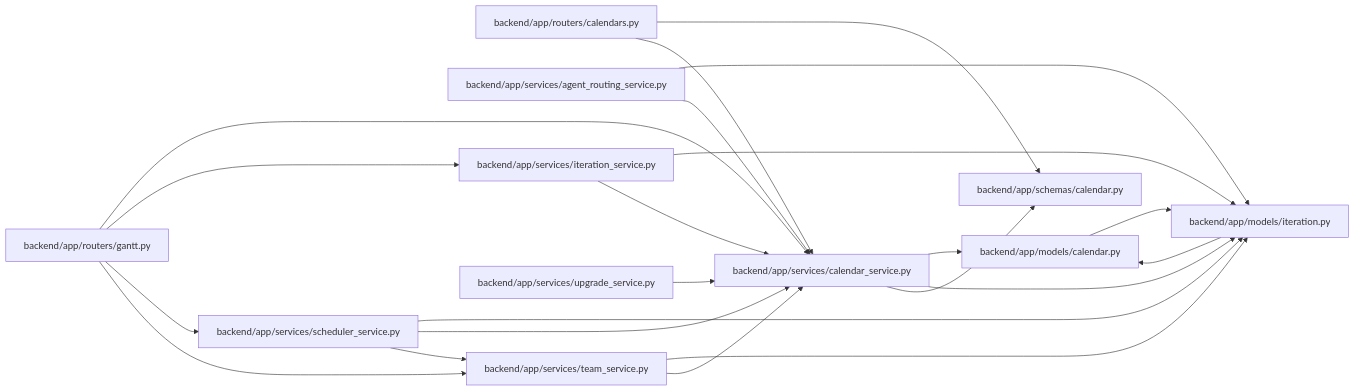
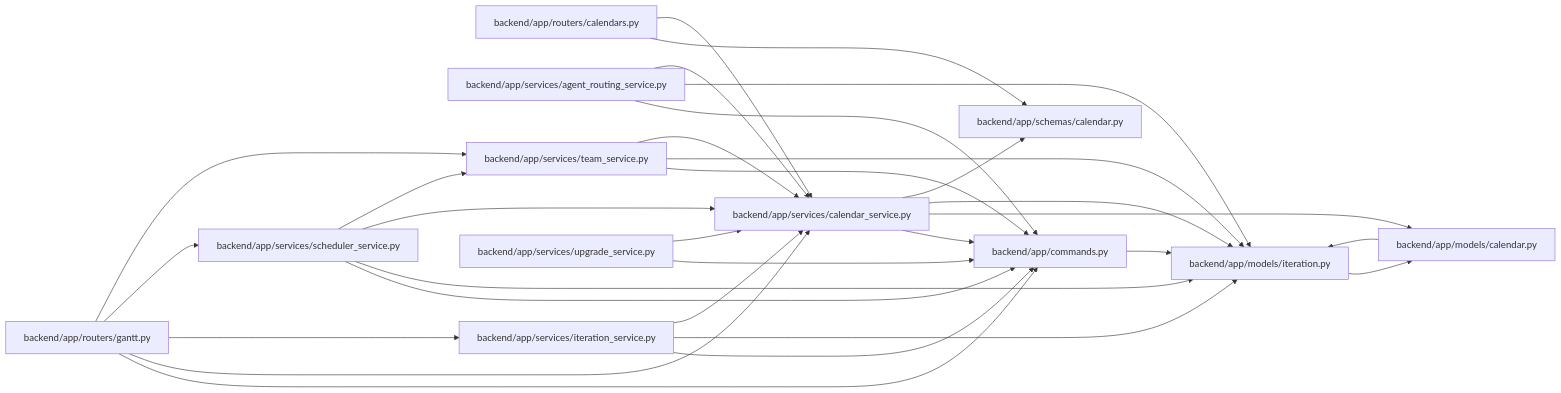
The diagram in docs/llm_wiki/modules/calendar_service.md (Denissvgn/WorkChord), drawn with Mermaid before and after one commit. The commit also changed other lines of this file and 958 other files, not shown here.

First line of the commit message:
docs(wiki): refresh identity and recovery architecture

````diff
--- a/docs/llm_wiki/modules/calendar_service.md
+++ b/docs/llm_wiki/modules/calendar_service.md
@@ -27,46 +28,56 @@
 ```mermaid
 flowchart LR
-    n0["backend/app/models/calendar.py"]
-    n1["backend/app/models/iteration.py"]
-    n2["backend/app/routers/calendars.py"]
-    n3["backend/app/routers/gantt.py"]
-    n4["backend/app/schemas/calendar.py"]
-    n5["backend/app/services/agent_routing_service.py"]
-    n6["backend/app/services/calendar_service.py"]
-    n7["backend/app/services/iteration_service.py"]
-    n8["backend/app/services/scheduler_service.py"]
-    n9["backend/app/services/team_service.py"]
-    n10["backend/app/services/upgrade_service.py"]
-    n0 --> n1
-    n1 --> n0
-    n2 --> n4
-    n2 --> n6
-    n3 --> n6
+    n0["backend/app/commands.py"]
+    n1["backend/app/models/calendar.py"]
+    n2["backend/app/models/iteration.py"]
+    n3["backend/app/routers/calendars.py"]
+    n4["backend/app/routers/gantt.py"]
+    n5["backend/app/schemas/calendar.py"]
+    n6["backend/app/services/agent_routing_service.py"]
+    n7["backend/app/services/calendar_service.py"]
+    n8["backend/app/services/iteration_service.py"]
+    n9["backend/app/services/scheduler_service.py"]
+    n10["backend/app/services/team_service.py"]
+    n11["backend/app/services/upgrade_service.py"]
+    n0 --> n2
+    n1 --> n2
+    n2 --> n1
+    n3 --> n5
     n3 --> n7
-    n3 --> n8
-    n3 --> n9
-    n5 --> n1
-    n5 --> n6
+    n4 --> n0
+    n4 --> n7
+    n4 --> n8
+    n4 --> n9
+    n4 --> n10
     n6 --> n0
-    n6 --> n1
-    n6 --> n4
+    n6 --> n2
+    n6 --> n7
+    n7 --> n0
     n7 --> n1
-    n7 --> n6
-    n8 --> n1
-    n8 --> n6
-    n8 --> n9
-    n9 --> n1
-    n9 --> n6
-    n10 --> n6
-    click n0 "../modules/models_calendar.md"
-    click n1 "../modules/models_iteration.md"
-    click n2 "../modules/calendars.md"
-    click n3 "../modules/routers_gantt.md"
-    click n4 "../modules/schemas_calendar.md"
-    click n5 "../modules/agent_routing_service.md"
-    click n6 "../modules/calendar_service.md"
-    click n7 "../modules/iteration_service.md"
-    click n8 "../modules/scheduler_service.md"
-    click n9 "../modules/team_service.md"
-    click n10 "../modules/upgrade_service.md"
+    n7 --> n2
+    n7 --> n5
+    n8 --> n0
+    n8 --> n2
+    n8 --> n7
+    n9 --> n0
+    n9 --> n2
+    n9 --> n7
+    n9 --> n10
+    n10 --> n0
+    n10 --> n2
+    n10 --> n7
+    n11 --> n0
+    n11 --> n7
+    click n0 "../modules/commands.md"
+    click n1 "../modules/models_calendar.md"
+    click n2 "../modules/models_iteration.md"
+    click n3 "../modules/calendars.md"
+    click n4 "../modules/routers_gantt.md"
+    click n5 "../modules/schemas_calendar.md"
+    click n6 "../modules/agent_routing_service.md"
+    click n7 "../modules/calendar_service.md"
+    click n8 "../modules/iteration_service.md"
+    click n9 "../modules/scheduler_service.md"
+    click n10 "../modules/team_service.md"
+    click n11 "../modules/upgrade_service.md"
 ```
````
